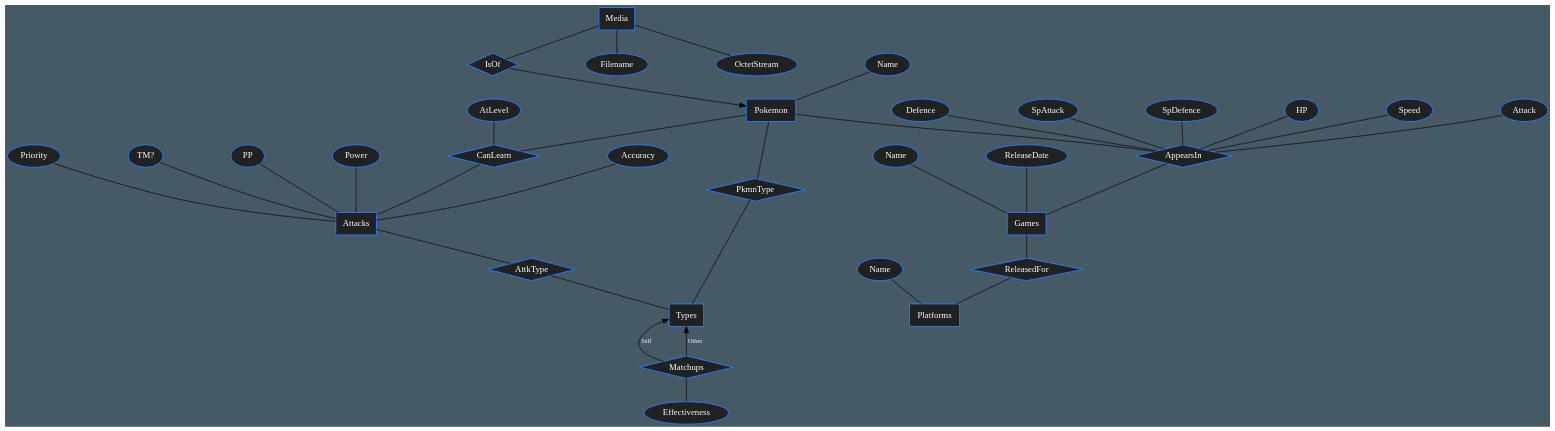
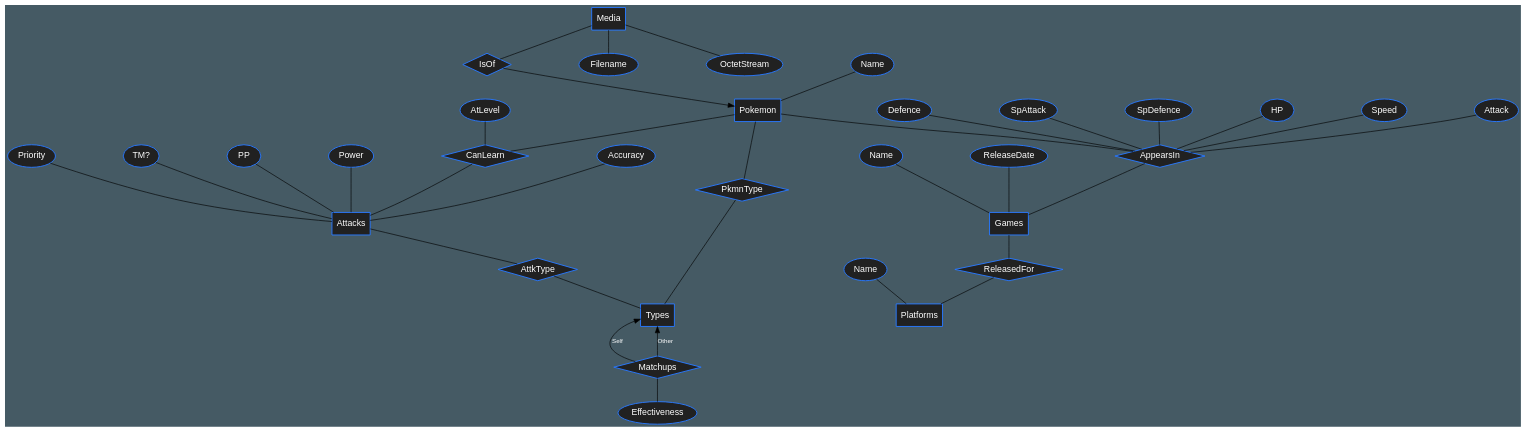
Before and after one commit to 0xADD1E/Databases-Project: the diagram in ER.dot, drawn with Graphviz.

Commit message:
Have a fallback font that EVERYONE will have

```diff
--- a/ER.dot
+++ b/ER.dot
@@ -1,85 +1,85 @@
 graph {
     # https://graphviz.org/doc/info/attrs.html
 
 
     ###########################################################################
     #Styles
     ###########################################################################
     bgcolor="#455A64";
     nodesep=1.5;
     #splines=polyline; # maybe?
-    node[fontname=Sailec,fontsize=14,style=filled,penwidth=1.5,color="#2979FF", fillcolor="#212121",fontcolor=white];
-    edge[fontname=Sailec,fontsize=10,fontcolor=white,len=1.5];
+    node[fontname="Sailec,Arial",fontsize=14,style=filled,penwidth=1.5,color="#2979FF", fillcolor="#212121",fontcolor=white];
+    edge[fontname="Sailec,Arial",fontsize=10,fontcolor=white,len=1.5];
 
 
     ###########################################################################
     #Entities
     ###########################################################################
     node[shape=rectangle];
     Pokemon;
     Types;
     Attacks;
     Media;
     Games;
     Platforms;
 
     ###########################################################################
     # Relationships
     ###########################################################################
     node[shape=diamond];
     Pokemon -- PkmnType;
     PkmnType -- Types;
 
     Types -- Matchups[label="Self",dir=back]; 
     Types -- Matchups[label="Other",dir=back];
 
     Attacks -- AttkType;
     AttkType -- Types;
 
     Pokemon -- CanLearn;
     CanLearn -- Attacks;
     
     Media -- IsOf;
     IsOf -- Pokemon[dir=forward];
     
     Pokemon -- AppearsIn;
     AppearsIn -- Games;
     
     Games -- ReleasedFor;
     ReleasedFor -- Platforms;
 
     ###########################################################################
     # Attributes
     ###########################################################################
     node[shape=oval];
 
     gameName[label="Name"];
     gameName -- Games;
     ReleaseDate -- Games;
 
     pokemonName[label="Name"];
     pokemonName -- Pokemon;
     platformName[label="Name"];
     platformName -- "Platforms";
 
     Media -- Filename;
     Media -- OctetStream;
 
     PP -- Attacks;
     Power -- Attacks;
     Accuracy -- Attacks;
     Priority -- Attacks;
     TM[label="TM?"];
     TM -- Attacks;
 
     AtLevel -- CanLearn;
 
     Matchups -- Effectiveness;
 
     HP -- AppearsIn;
     Speed -- AppearsIn;
     Attack -- AppearsIn;
     Defence -- AppearsIn;
     SpAttack -- AppearsIn;
     SpDefence -- AppearsIn;
 }
```
